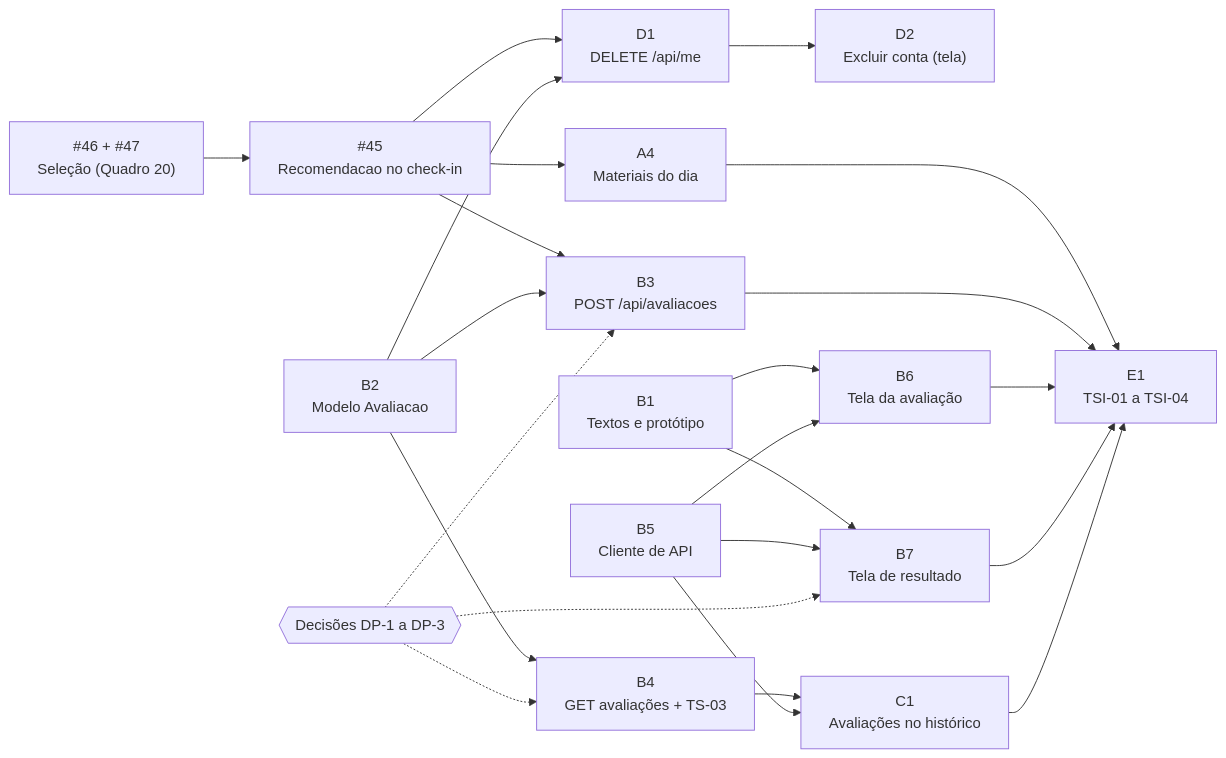
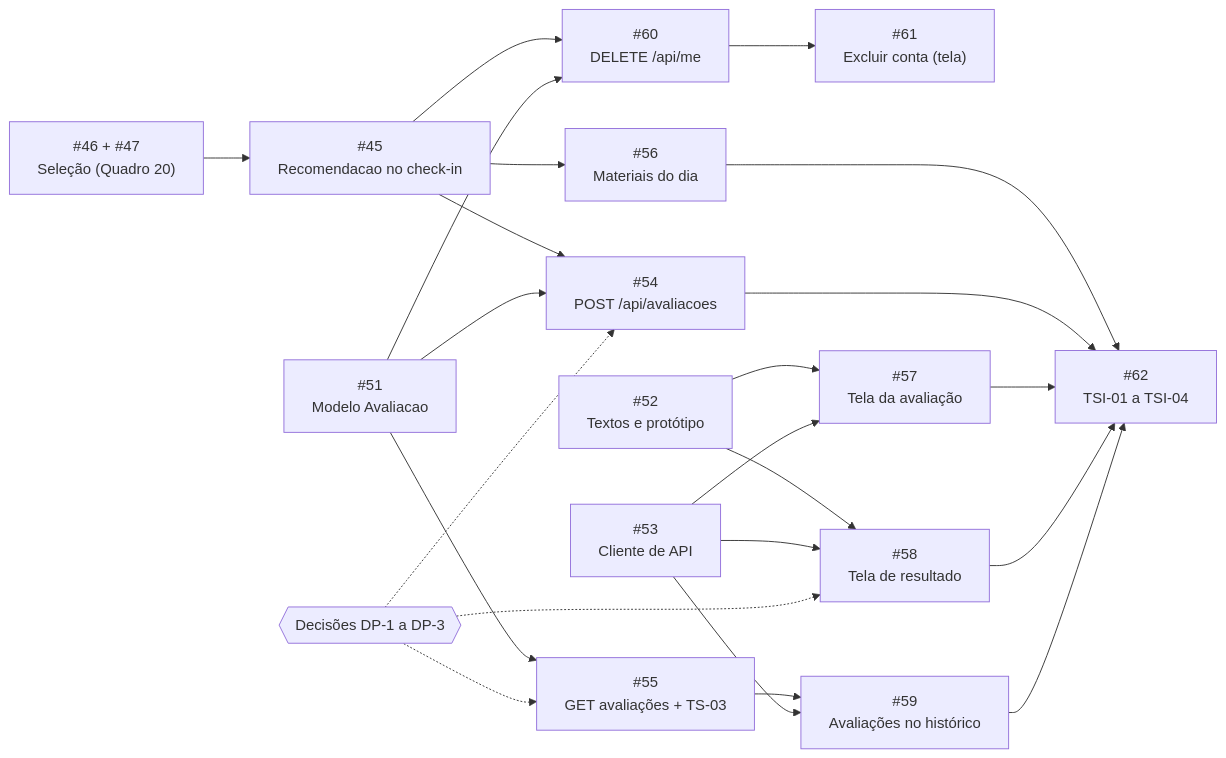
One commit to FGA0138-MDS-Ajax/2026.2-T03-Lamport changed the diagram in docs/sprints/sprint-5.md. Above: the diagram before and after it, drawn with Mermaid. The commit also changed other lines of this file and 4 other files, not shown here.

````diff
--- a/docs/sprints/sprint-5.md
+++ b/docs/sprints/sprint-5.md
@@ -135,21 +135,21 @@
 ```mermaid
 flowchart LR
     S46["#46 + #47<br/>Seleção (Quadro 20)"] --> S45["#45<br/>Recomendacao no check-in"]
-    S45 --> A4["A4<br/>Materiais do dia"]
-    S45 --> B3["B3<br/>POST /api/avaliacoes"]
-    B2["B2<br/>Modelo Avaliacao"] --> B3
-    B2 --> B4["B4<br/>GET avaliações + TS-03"]
-    S45 --> D1["D1<br/>DELETE /api/me"]
+    S45 --> A4["#56<br/>Materiais do dia"]
+    S45 --> B3["#54<br/>POST /api/avaliacoes"]
+    B2["#51<br/>Modelo Avaliacao"] --> B3
+    B2 --> B4["#55<br/>GET avaliações + TS-03"]
+    S45 --> D1["#60<br/>DELETE /api/me"]
     B2 --> D1
-    D1 --> D2["D2<br/>Excluir conta (tela)"]
-    B1["B1<br/>Textos e protótipo"] --> B6["B6<br/>Tela da avaliação"]
-    B5["B5<br/>Cliente de API"] --> B6
-    B1 --> B7["B7<br/>Tela de resultado"]
+    D1 --> D2["#61<br/>Excluir conta (tela)"]
+    B1["#52<br/>Textos e protótipo"] --> B6["#57<br/>Tela da avaliação"]
+    B5["#53<br/>Cliente de API"] --> B6
+    B1 --> B7["#58<br/>Tela de resultado"]
     B5 --> B7
-    B4 --> C1["C1<br/>Avaliações no histórico"]
+    B4 --> C1["#59<br/>Avaliações no histórico"]
     B5 --> C1
-    A4 & B3 & B6 & B7 & C1 --> E1["E1<br/>TSI-01 a TSI-04"]
+    A4 & B3 & B6 & B7 & C1 --> E1["#62<br/>TSI-01 a TSI-04"]
     PO{{"Decisões DP-1 a DP-3"}} -.-> B3
     PO -.-> B4
     PO -.-> B7
 ```
````
